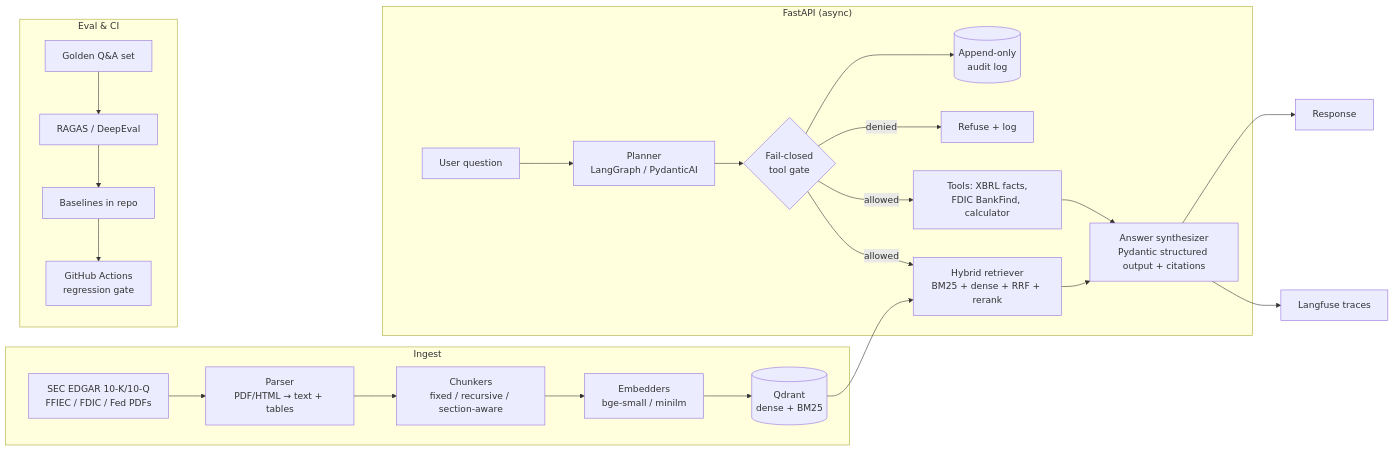
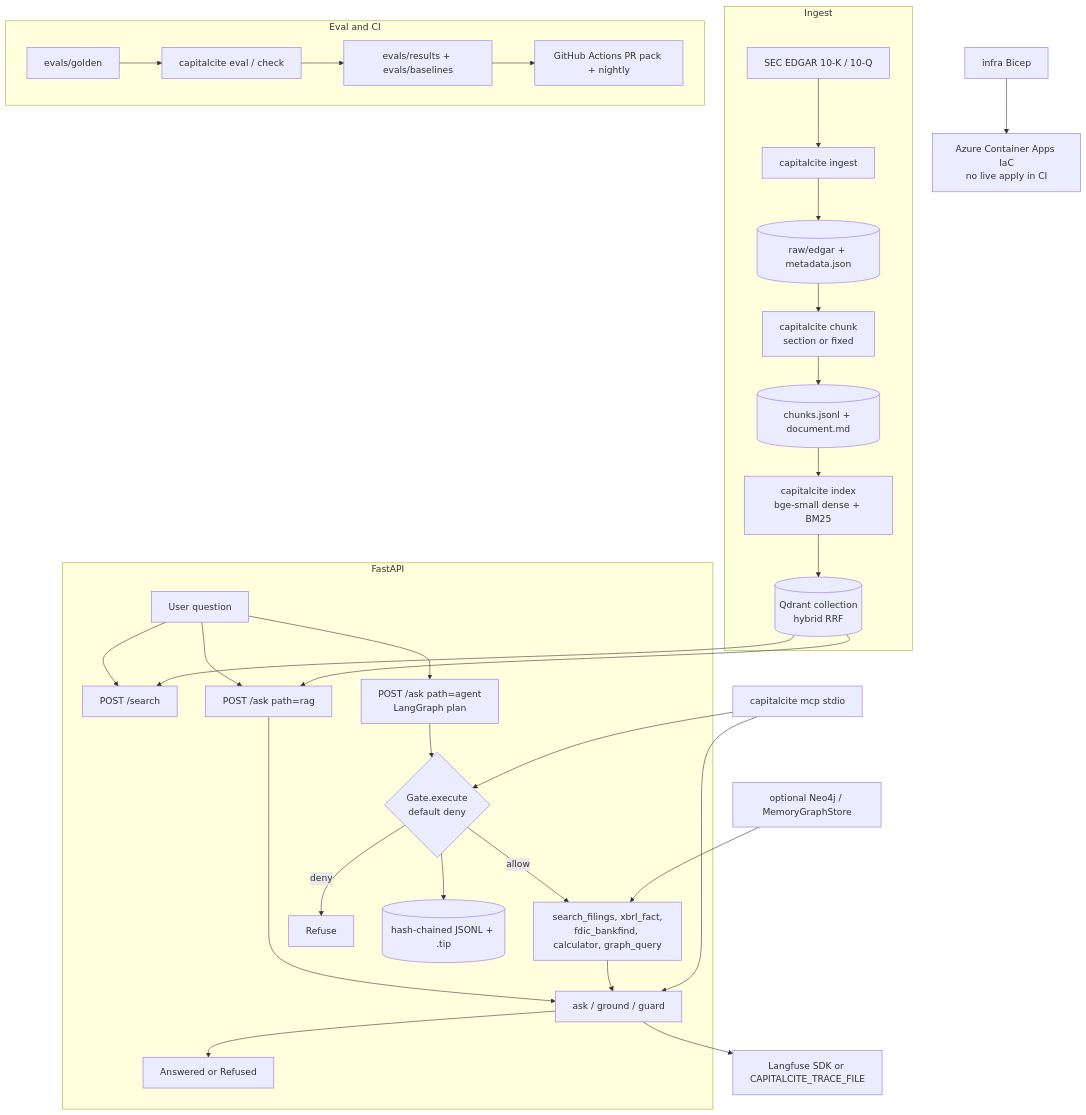
The diagram in README.md (naveed949/capitalcite), drawn with Mermaid before and after one commit. The commit also changed other lines of this file and 21 other files, not shown here.

````diff
--- a/README.md
+++ b/README.md
@@ -16,30 +23,39 @@
 ```mermaid
-flowchart LR
-    subgraph Ingest
-        A[SEC EDGAR 10-K/10-Q<br/>FFIEC / FDIC / Fed PDFs] --> B[Parser<br/>PDF/HTML → text + tables]
-        B --> C[Chunkers<br/>fixed / recursive / section-aware]
-        C --> D[Embedders<br/>bge-small / minilm]
-        D --> E[(Qdrant<br/>dense + BM25)]
-    end
+flowchart TB
+  subgraph ingestPath [Ingest]
+    EDGAR[SEC EDGAR 10-K / 10-Q] --> ingestCmd[capitalcite ingest]
+    ingestCmd --> rawStore[(raw/edgar + metadata.json)]
+    rawStore --> chunkCmd[capitalcite chunk<br/>section or fixed]
+    chunkCmd --> chunkStore[(chunks.jsonl + document.md)]
+    chunkStore --> indexCmd[capitalcite index<br/>bge-small dense + BM25]
+    indexCmd --> qdrant[(Qdrant collection<br/>hybrid RRF)]
+  end
 
-    subgraph Serve["FastAPI (async)"]
-        Q[User question] --> P[Planner<br/>LangGraph / PydanticAI]
-        P --> G{Fail-closed<br/>tool gate}
-        G -->|allowed| R[Hybrid retriever<br/>BM25 + dense + RRF + rerank]
-        G -->|allowed| T[Tools: XBRL facts,<br/>FDIC BankFind, calculator]
-        G -->|denied| X[Refuse + log]
-        R --> S[Answer synthesizer<br/>Pydantic structured output + citations]
-        T --> S
-        G --> L[(Append-only<br/>audit log)]
-    end
+  subgraph servePath [FastAPI]
+    question[User question] --> searchEp[POST /search]
+    question --> askRag[POST /ask path=rag]
+    question --> askAgent[POST /ask path=agent<br/>LangGraph plan]
+    qdrant --> searchEp
+    qdrant --> askRag
+    askRag --> ground[ask / ground / guard]
+    askAgent --> gate{Gate.execute<br/>default deny}
+    gate -->|allow| tools[search_filings, xbrl_fact,<br/>fdic_bankfind, calculator, graph_query]
+    gate -->|deny| refuse[Refuse]
+    tools --> ground
+    gate --> audit[(hash-chained JSONL + .tip)]
+    ground --> response[Answered or Refused]
+  end
 
-    E --> R
-    S --> O[Langfuse traces]
-    S --> U[Response]
+  mcp[capitalcite mcp stdio] --> gate
+  mcp --> ground
+  ground --> traces[Langfuse SDK or CAPITALCITE_TRACE_FILE]
+  graphTool[optional Neo4j / MemoryGraphStore] --> tools
 
-    subgraph Eval["Eval & CI"]
-        GS[Golden Q&A set] --> EV[RAGAS / DeepEval]
-        EV --> BL[Baselines in repo]
-        BL --> CI[GitHub Actions<br/>regression gate]
-    end
+  subgraph evalPath [Eval and CI]
+    golden[evals/golden] --> evalCmd[capitalcite eval / check]
+    evalCmd --> results[evals/results + evals/baselines]
+    results --> gha[GitHub Actions PR pack + nightly]
+  end
+
+  iac[infra Bicep] --> aca[Azure Container Apps IaC<br/>no live apply in CI]
 ```
````
